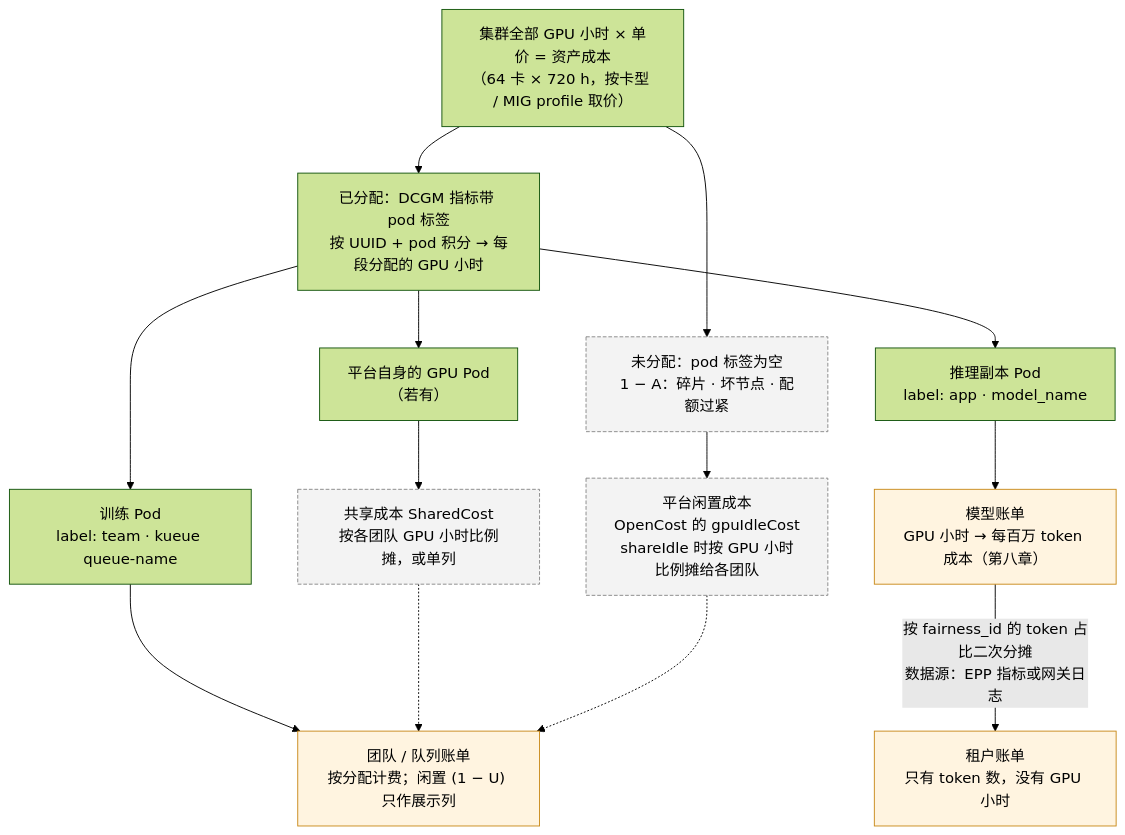
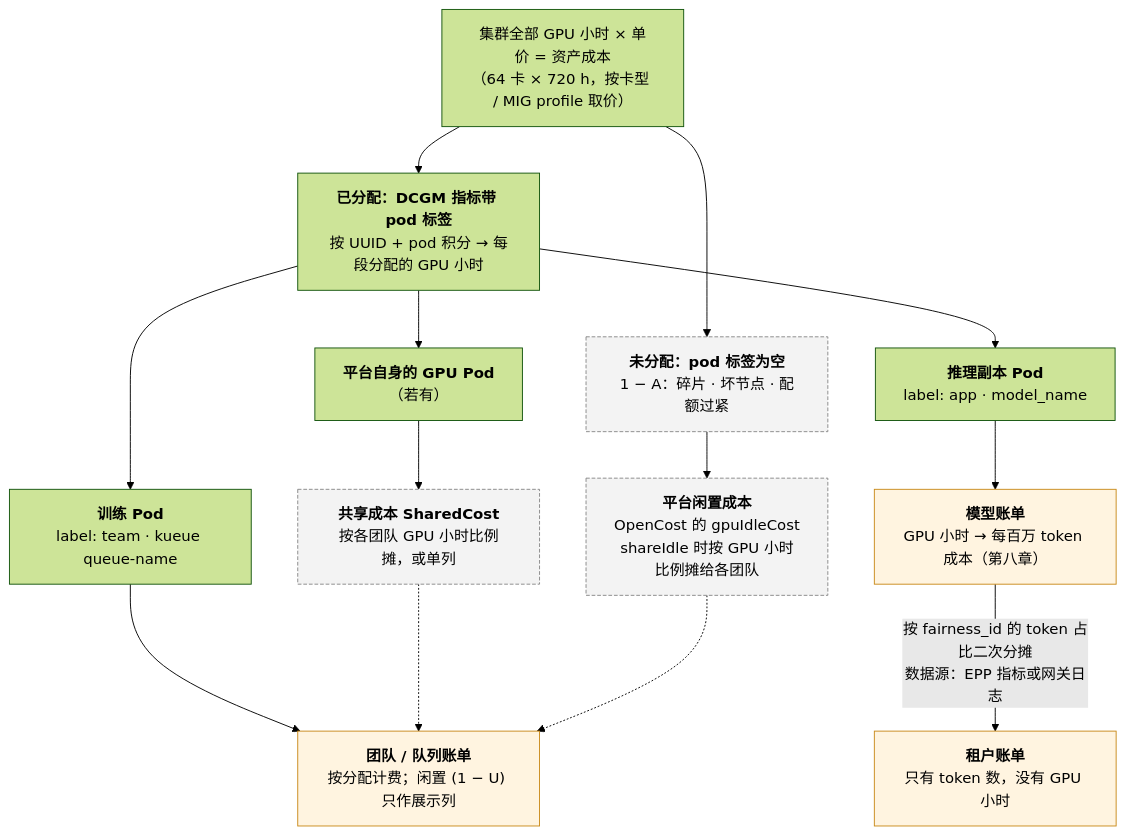
One commit to arganzheng/arganzheng.github.com changed the third of 4 diagrams in _posts/2026-09-22-ai-platform-observability-cost-and-finops.md. Above: the diagram before and after it, drawn with Mermaid (forest theme). The commit also changed other lines of this file and 8 other files, not shown here.

First line of the commit message:
AI 平台工程：资源层与交付层：Mermaid 多行方框的首行标为标题（9 篇）

````diff
--- a/_posts/2026-09-22-ai-platform-observability-cost-and-finops.md
+++ b/_posts/2026-09-22-ai-platform-observability-cost-and-finops.md
@@ -416,21 +416,21 @@
 ```mermaid
 %% 图：GPU 成本的分摊链路：资产成本分成已分配与未分配，已分配按 Pod label 归到团队或模型，模型再按 token 占比二次分摊到租户
 flowchart TB
     ASSET["集群全部 GPU 小时 × 单价 = 资产成本<br/>（64 卡 × 720 h，按卡型 / MIG profile 取价）"]
-    ASSET --> ALLOC["已分配：DCGM 指标带 pod 标签<br/>按 UUID + pod 积分 → 每段分配的 GPU 小时"]
-    ASSET --> UNALLOC["未分配：pod 标签为空<br/>1 − A：碎片 · 坏节点 · 配额过紧"]
-    UNALLOC --> IDLE["平台闲置成本<br/>OpenCost 的 gpuIdleCost<br/>shareIdle 时按 GPU 小时比例摊给各团队"]
-    ALLOC --> TRAINPOD["训练 Pod<br/>label: team · kueue queue-name"]
-    ALLOC --> SERVEPOD["推理副本 Pod<br/>label: app · model_name"]
-    ALLOC --> SHAREDPOD["平台自身的 GPU Pod<br/>（若有）"]
-    TRAINPOD --> TEAM["团队 / 队列账单<br/>按分配计费；闲置 (1 − U) 只作展示列"]
-    SERVEPOD --> MODEL["模型账单<br/>GPU 小时 → 每百万 token 成本（第八章）"]
-    MODEL -->|"按 fairness_id 的 token 占比二次分摊<br/>数据源：EPP 指标或网关日志"| TENANT["租户账单<br/>只有 token 数，没有 GPU 小时"]
-    SHAREDPOD --> SHARED["共享成本 SharedCost<br/>按各团队 GPU 小时比例摊，或单列"]
+    ASSET --> ALLOC["<b>已分配：DCGM 指标带 pod 标签</b><br/>按 UUID + pod 积分 → 每段分配的 GPU 小时"]
+    ASSET --> UNALLOC["<b>未分配：pod 标签为空</b><br/>1 − A：碎片 · 坏节点 · 配额过紧"]
+    UNALLOC --> IDLE["<b>平台闲置成本</b><br/>OpenCost 的 gpuIdleCost<br/>shareIdle 时按 GPU 小时比例摊给各团队"]
+    ALLOC --> TRAINPOD["<b>训练 Pod</b><br/>label: team · kueue queue-name"]
+    ALLOC --> SERVEPOD["<b>推理副本 Pod</b><br/>label: app · model_name"]
+    ALLOC --> SHAREDPOD["<b>平台自身的 GPU Pod</b><br/>（若有）"]
+    TRAINPOD --> TEAM["<b>团队 / 队列账单</b><br/>按分配计费；闲置 (1 − U) 只作展示列"]
+    SERVEPOD --> MODEL["<b>模型账单</b><br/>GPU 小时 → 每百万 token 成本（第八章）"]
+    MODEL -->|"按 fairness_id 的 token 占比二次分摊<br/>数据源：EPP 指标或网关日志"| TENANT["<b>租户账单</b><br/>只有 token 数，没有 GPU 小时"]
+    SHAREDPOD --> SHARED["<b>共享成本 SharedCost</b><br/>按各团队 GPU 小时比例摊，或单列"]
     SHARED -.-> TEAM
     IDLE -.-> TEAM
     classDef money fill:#fff4e0,stroke:#c98a1a;
     classDef idle fill:#f3f3f3,stroke:#888,stroke-dasharray:4 2;
     class TEAM,MODEL,TENANT money;
     class UNALLOC,IDLE,SHARED idle;
 ```
````
